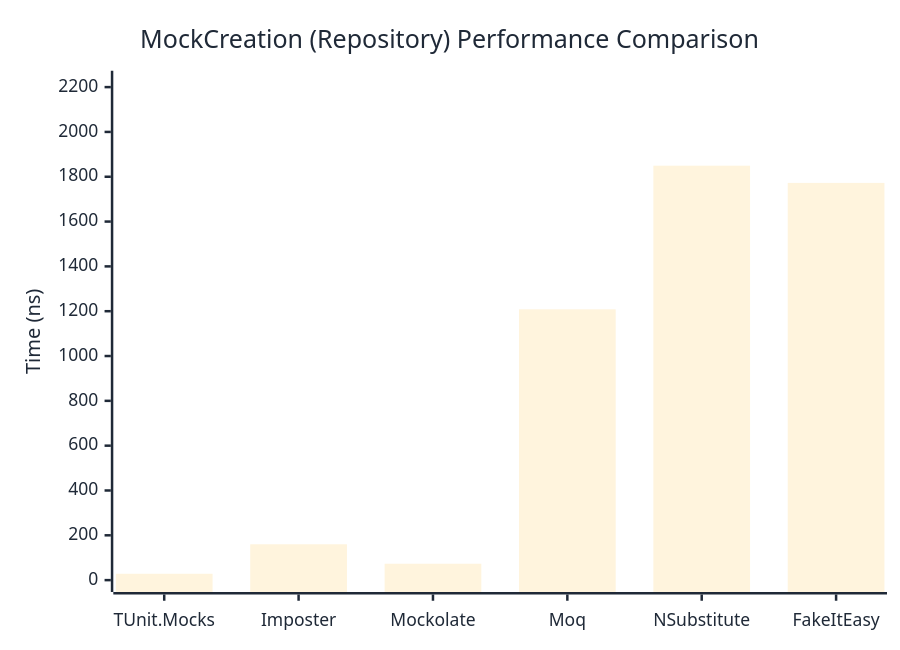
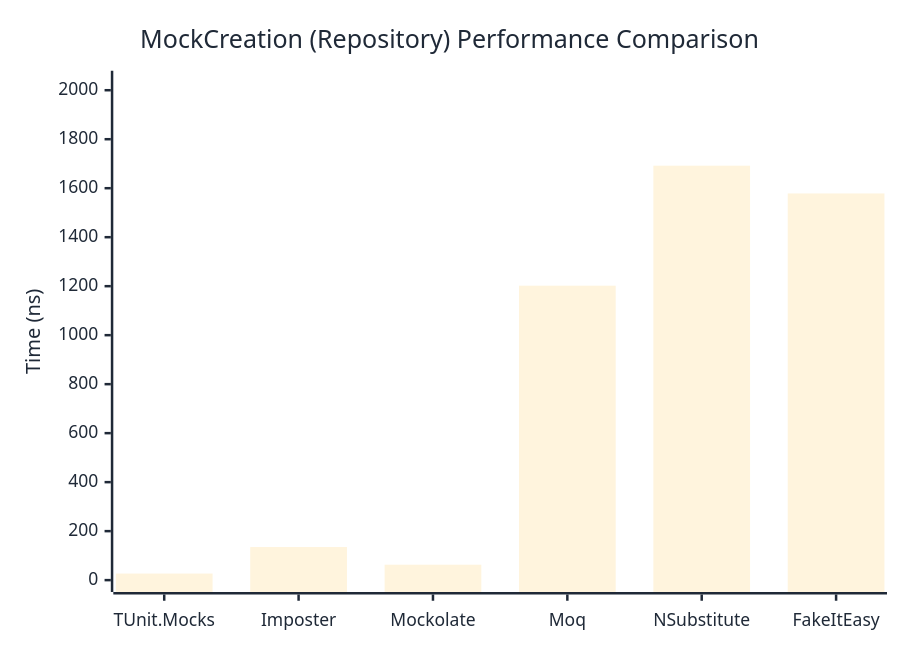
Before and after one commit to thomhurst/TUnit: the second of 2 diagrams in docs/docs/benchmarks/mocks/MockCreation.md, drawn with Mermaid. The commit also changed other lines of this file and 14 other files, not shown here.

````diff
--- a/docs/docs/benchmarks/mocks/MockCreation.md
+++ b/docs/docs/benchmarks/mocks/MockCreation.md
@@ -69,27 +69,27 @@
 ```mermaid
 %%{init: {
   'theme':'base',
   'themeVariables': {
     'primaryColor': '#2563eb',
     'primaryTextColor': '#1f2937',
     'primaryBorderColor': '#1e40af',
     'lineColor': '#6b7280',
     'secondaryColor': '#7c3aed',
     'tertiaryColor': '#dc2626',
     'background': '#ffffff',
     'pie1': '#2563eb',
     'pie2': '#7c3aed',
     'pie3': '#dc2626',
     'pie4': '#f59e0b',
     'pie5': '#10b981',
     'pie6': '#06b6d4',
     'pie7': '#ec4899',
     'pie8': '#6366f1'
   }
 }}%%
 xychart-beta
   title "MockCreation (Repository) Performance Comparison"
   x-axis ["TUnit.Mocks", "Imposter", "Mockolate", "Moq", "NSubstitute", "FakeItEasy"]
-  y-axis "Time (ns)" 0 --> 2220
-  bar [28.41, 159.91, 73.19, 1208.43, 1849.38, 1772.49]
+  y-axis "Time (ns)" 0 --> 2031
+  bar [26.83, 135.07, 62.95, 1202.01, 1691.95, 1578.64]
 ```
````
